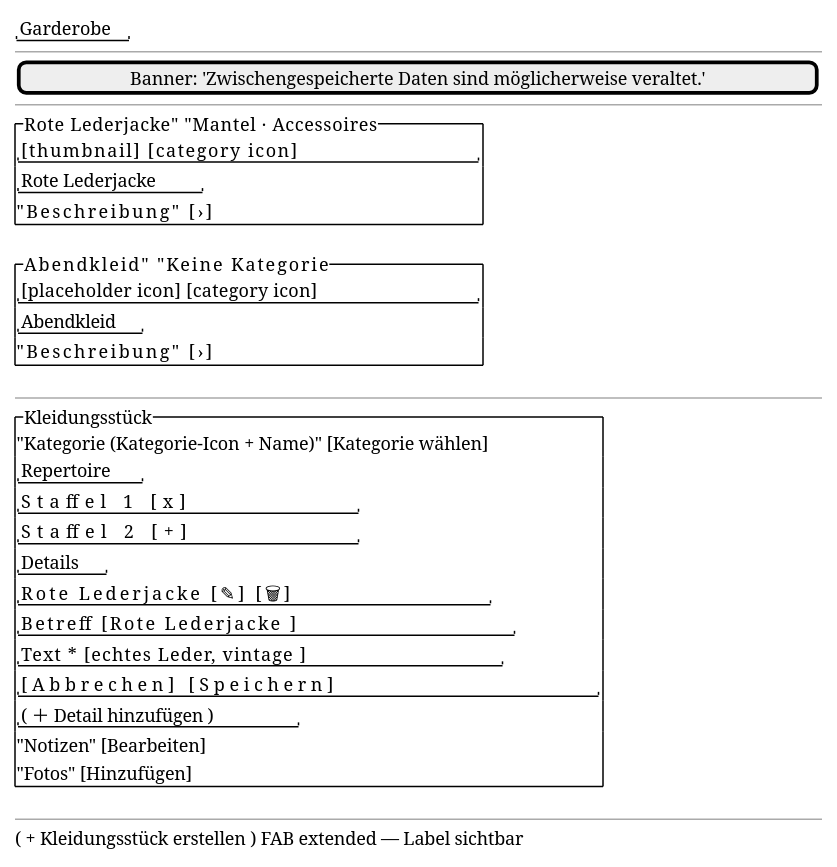
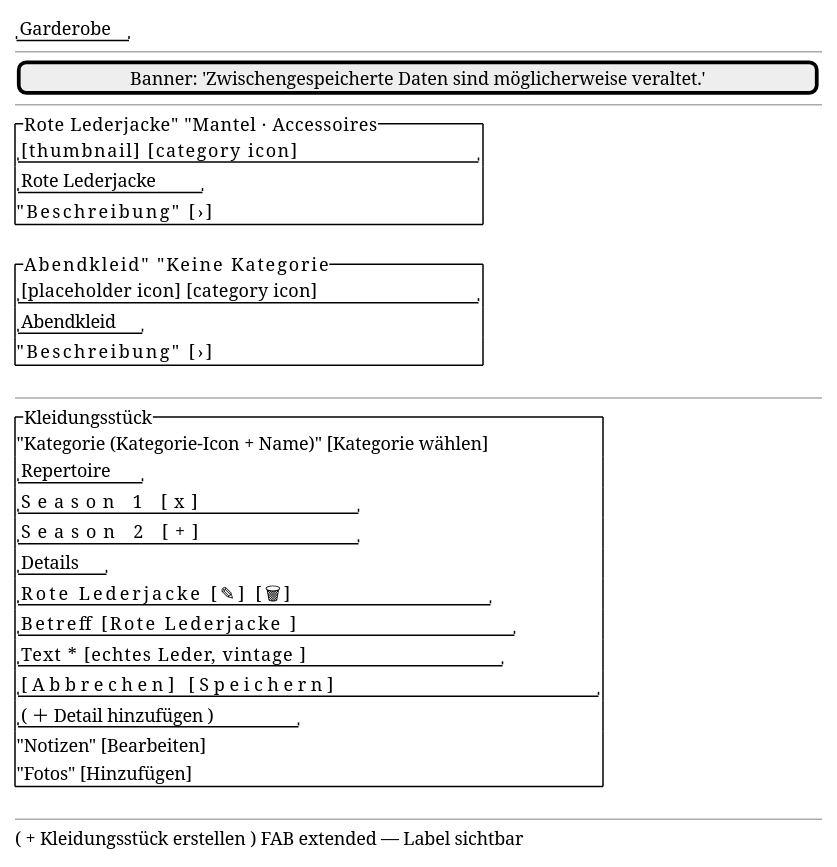
The diagram in docs/design/screens/pieces.md (tradem/breakdown-rs), drawn with PlantUML before and after one commit. The commit also changed 51 other files, not shown here.

````diff
--- a/docs/design/screens/pieces.md
+++ b/docs/design/screens/pieces.md
@@ -40,34 +40,34 @@
 ```plantuml
 @startsalt
 {
   "Garderobe"
   --
   [Banner: 'Zwischengespeicherte Daten sind möglicherweise veraltet.']
   --
   {^ "Rote Lederjacke"       "Mantel · Accessoires"
      " [thumbnail]           [category icon]"
      "Rote Lederjacke"
      "Beschreibung"          [›]}
   {^ "Abendkleid"             "Keine Kategorie"
      " [placeholder icon]    [category icon]"
      "Abendkleid"
      "Beschreibung"          [›]}
   --
   {^ "Kleidungsstück"
      "Kategorie (Kategorie-Icon + Name)" [Kategorie wählen]
      "Repertoire"
-     "Staffel 1                [x]"
-     "Staffel 2                [+]"
+     "Season 1                 [x]"
+     "Season 2                 [+]"
      "Details"
      "Rote Lederjacke                [✎] [🗑]"
      "  Betreff [Rote Lederjacke              ]"
      "  Text *  [echtes Leder, vintage       ]"
      "  [Abbrechen]                        [Speichern]"
      "( ＋ Detail hinzufügen )"
      "Notizen" [Bearbeiten]
      "Fotos" [Hinzufügen]}
   --
   ( + Kleidungsstück erstellen ) FAB extended — Label sichtbar
 }
 @endsalt
 ```
````
